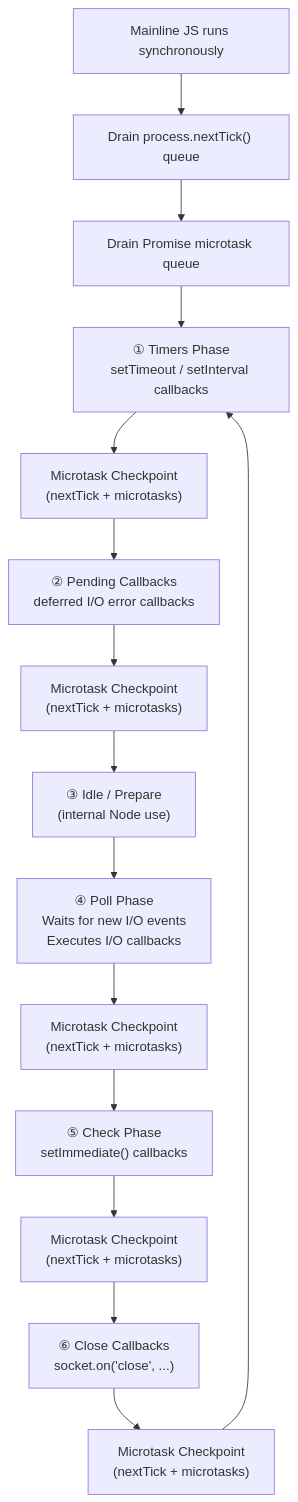
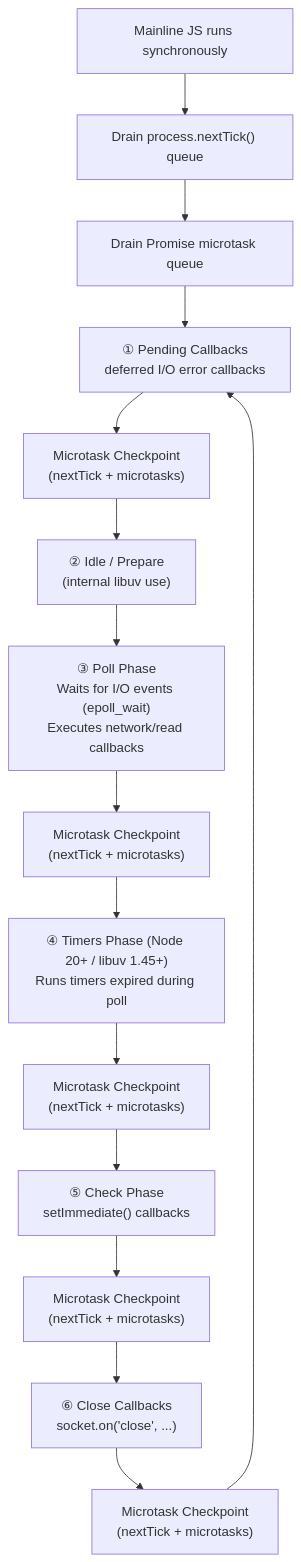
Before and after one commit to Patel-Neel-346/Notes: the tenth of 16 diagrams in Backend-engineering/2-Communication-patterns/2-Async-and-Sync-Execution/1.Async-Sync-Execution.md, drawn with Mermaid. The commit also changed other lines of this file, not shown here.

````diff
--- a/Backend-engineering/2-Communication-patterns/2-Async-and-Sync-Execution/1.Async-Sync-Execution.md
+++ b/Backend-engineering/2-Communication-patterns/2-Async-and-Sync-Execution/1.Async-Sync-Execution.md
@@ -921,17 +940,17 @@
 ```mermaid
 flowchart TD
     START["Mainline JS runs synchronously"] --> NT["Drain process.nextTick() queue"]
     NT --> MT["Drain Promise microtask queue"]
-    MT --> T["① Timers Phase\nsetTimeout / setInterval callbacks"]
-    T --> MC1["Microtask Checkpoint\n(nextTick + microtasks)"]
-    MC1 --> PC["② Pending Callbacks\ndeferred I/O error callbacks"]
-    PC --> MC2["Microtask Checkpoint\n(nextTick + microtasks)"]
-    MC2 --> IP["③ Idle / Prepare\n(internal Node use)"]
-    IP --> POLL["④ Poll Phase\nWaits for new I/O events\nExecutes I/O callbacks"]
-    POLL --> MC3["Microtask Checkpoint\n(nextTick + microtasks)"]
+    MT --> PC["① Pending Callbacks\ndeferred I/O error callbacks"]
+    PC --> MC1["Microtask Checkpoint\n(nextTick + microtasks)"]
+    MC1 --> IP["② Idle / Prepare\n(internal libuv use)"]
+    IP --> POLL["③ Poll Phase\nWaits for I/O events (epoll_wait)\nExecutes network/read callbacks"]
+    POLL --> MC2["Microtask Checkpoint\n(nextTick + microtasks)"]
+    MC2 --> T["④ Timers Phase (Node 20+ / libuv 1.45+)\nRuns timers expired during poll"]
+    T --> MC3["Microtask Checkpoint\n(nextTick + microtasks)"]
     MC3 --> CHECK["⑤ Check Phase\nsetImmediate() callbacks"]
     CHECK --> MC4["Microtask Checkpoint\n(nextTick + microtasks)"]
     MC4 --> CLOSE["⑥ Close Callbacks\nsocket.on('close', ...)"]
     CLOSE --> MC5["Microtask Checkpoint\n(nextTick + microtasks)"]
-    MC5 --> T
+    MC5 --> PC
 ```
````
